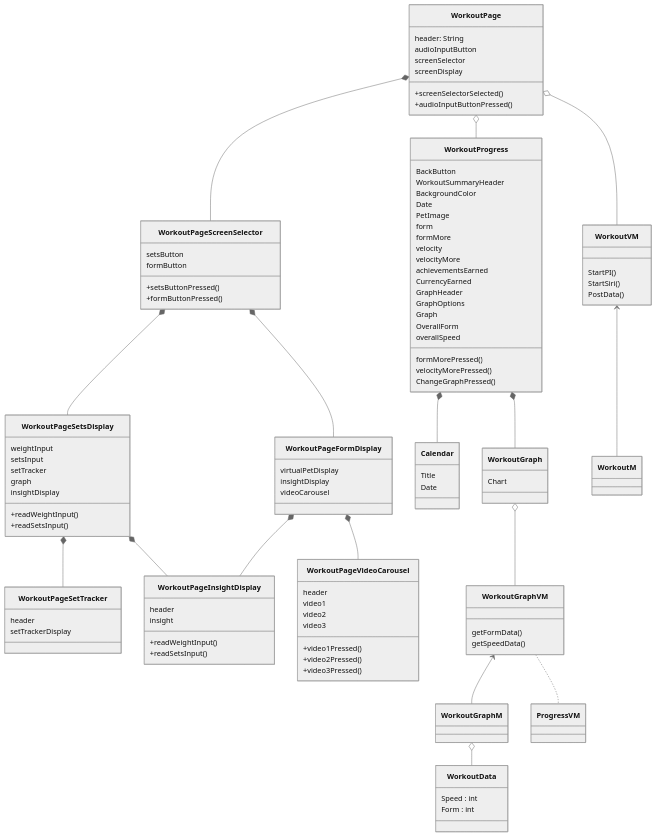
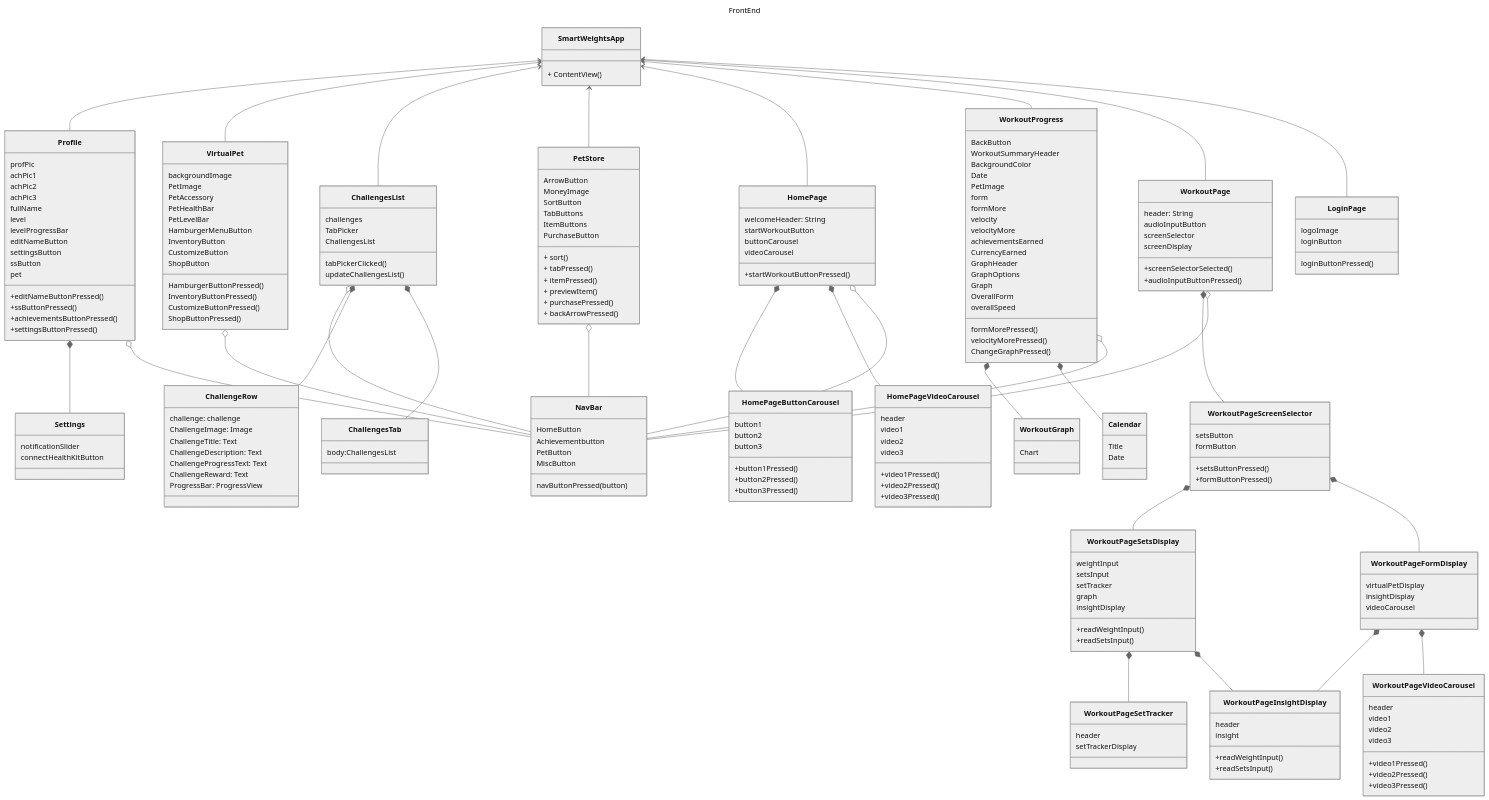
One commit to Capstone-Projects-2024-Spring/project-smartweights changed the first of 2 diagrams in documentation/docs/system-architecture/class-diagram.md. Above: the diagram before and after it, drawn with Mermaid (neutral theme). The commit also changed other lines of this file and 107 other files, not shown here.

````diff
--- a/documentation/docs/system-architecture/class-diagram.md
+++ b/documentation/docs/system-architecture/class-diagram.md
@@ -328,8 +13,125 @@
-``` mermaid 
+```mermaid
+---
+title: FrontEnd
+---
 
-classDiagram
 
-  class WorkoutPage{
+classDiagram 
+   class SmartWeightsApp{
+    + ContentView()
+   }
+   class NavBar{
+        HomeButton
+        Achievementbutton
+        PetButton
+        MiscButton
+        navButtonPressed(button)
+   
+   }
+   class LoginPage{
+    logoImage
+    loginButton
+    loginButtonPressed()
+   }
+   
+   class VirtualPet{
+    backgroundImage
+    PetImage
+    PetAccessory
+    PetHealthBar
+    PetLevelBar
+    HamburgerMenuButton
+    InventoryButton
+    CustomizeButton
+    ShopButton
+
+    HamburgerButtonPressed()
+    InventoryButtonPressed()
+    CustomizeButtonPressed()
+    ShopButtonPressed()
+   }
+   class ChallengesList{
+    challenges
+    TabPicker
+    ChallengesList
+    tabPickerClicked()
+    updateChallengesList()
+   }
+   class ChallengesTab{
+    body:ChallengesList
+   }
+   class ChallengeRow{
+    challenge: challenge
+    ChallengeImage: Image
+    ChallengeTitle: Text
+    ChallengeDescription: Text
+    ChallengeProgressText: Text
+    ChallengeReward: Text
+    ProgressBar: ProgressView
+   }
+   class PetStore{
+    ArrowButton
+    MoneyImage
+    SortButton
+    TabButtons
+    ItemButtons
+    PurchaseButton
+    %% CancelButton
+    + sort()
+    + tabPressed()
+    + itemPressed()
+    + previewItem()
+    + purchasePressed()
+    + backArrowPressed()
+   }
+   class Profile {
+    profPic
+    achPic1
+    achPic2
+    achPic3
+    fullName
+    level
+    levelProgressBar
+    editNameButton
+    settingsButton
+    ssButton
+    pet
+    +editNameButtonPressed()
+    +ssButtonPressed()
+    +achievementsButtonPressed()
+    +settingsButtonPressed()
+   }
+   class Settings{
+    notificationSlider
+    connectHealthKitButton
+   }
+   class HomePage{
+    welcomeHeader: String
+    startWorkoutButton
+    buttonCarousel
+    videoCarousel
+    +startWorkoutButtonPressed()
+   }
+   class HomePageButtonCarousel{
+    button1
+    button2
+    button3
+
+    +button1Pressed()
+    +button2Pressed()
+    +button3Pressed()
+   }
+    class HomePageVideoCarousel{
+        header
+        video1
+        video2
+        video3
+        +video1Pressed()
+        +video2Pressed()
+        +video3Pressed()
+
+   }
+    class WorkoutPage{
         header: String
         audioInputButton
         screenSelector
@@ -411,32 +213,21 @@
     class WorkoutGraph{
         Chart
     }
-   class WorkoutVM{
-        StartPI()
-        StartSiri()
-        PostData()
-    }
-    class WorkoutM{
+  
 
-    }
-      class WorkoutGraphVM{
-        getFormData()
-        getSpeedData()
-    }
-    class WorkoutGraphM{
-        
-    }
-    class WorkoutData{
-        Speed : int
-        Form : int
-    }
+    SmartWeightsApp <-- Profile
+    SmartWeightsApp <-- VirtualPet
+    SmartWeightsApp <-- ChallengesList
+    SmartWeightsApp <-- PetStore
+    SmartWeightsApp <-- HomePage
+    SmartWeightsApp <-- WorkoutProgress
+    SmartWeightsApp <-- WorkoutPage
+    SmartWeightsApp <-- LoginPage
+   
 
-    WorkoutPage o--WorkoutVM
-    WorkoutVM <-- WorkoutM
-    WorkoutGraph o-- WorkoutGraphVM
-    WorkoutGraphVM <-- WorkoutGraphM
-    WorkoutGraphM o-- WorkoutData
-    WorkoutGraphVM .. ProgressVM
+    HomePage *-- HomePageButtonCarousel
+    HomePage *-- HomePageVideoCarousel
+
     WorkoutPage *-- WorkoutPageScreenSelector
     WorkoutPageScreenSelector *-- WorkoutPageSetsDisplay
     WorkoutPageScreenSelector *-- WorkoutPageFormDisplay
@@ -446,6 +237,20 @@
     WorkoutPageFormDisplay *-- WorkoutPageVideoCarousel
     WorkoutProgress *-- WorkoutGraph
     WorkoutProgress *-- Calendar
-    WorkoutPage o-- WorkoutProgress
 
+    Profile *-- Settings
+
+    Profile o-- NavBar
+    VirtualPet o-- NavBar
+    ChallengesList o-- NavBar
+    PetStore o-- NavBar
+    HomePage o-- NavBar
+    WorkoutPage o-- NavBar
+    WorkoutProgress o-- NavBar
+    
+   
+    ChallengesList *-- ChallengeRow
+    ChallengesList *-- ChallengesTab
+
+    
 ```
````
